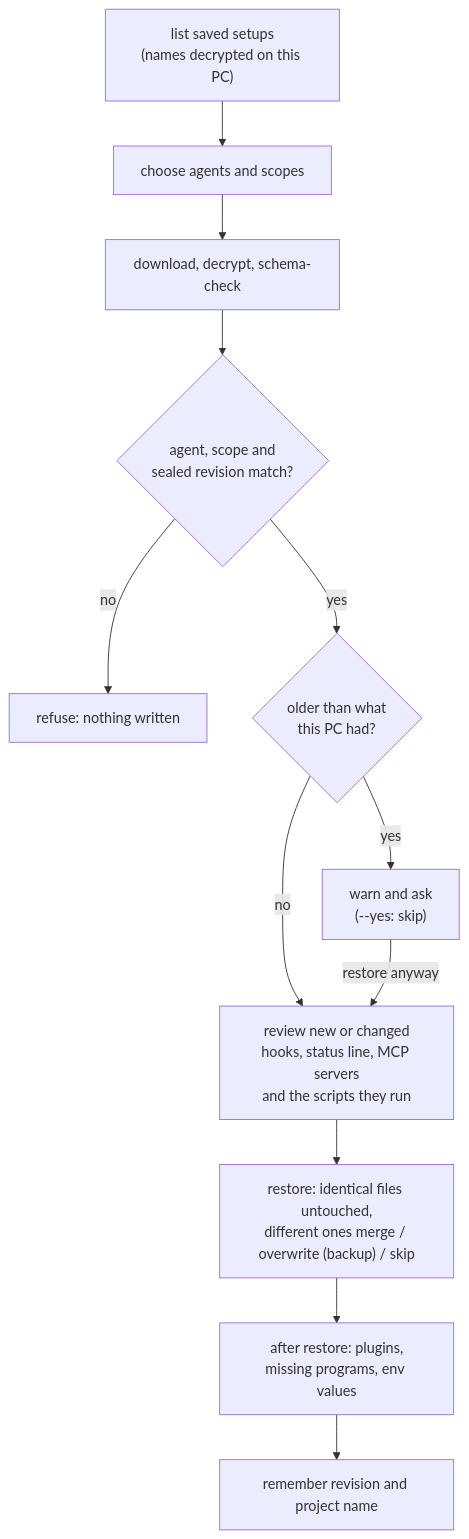
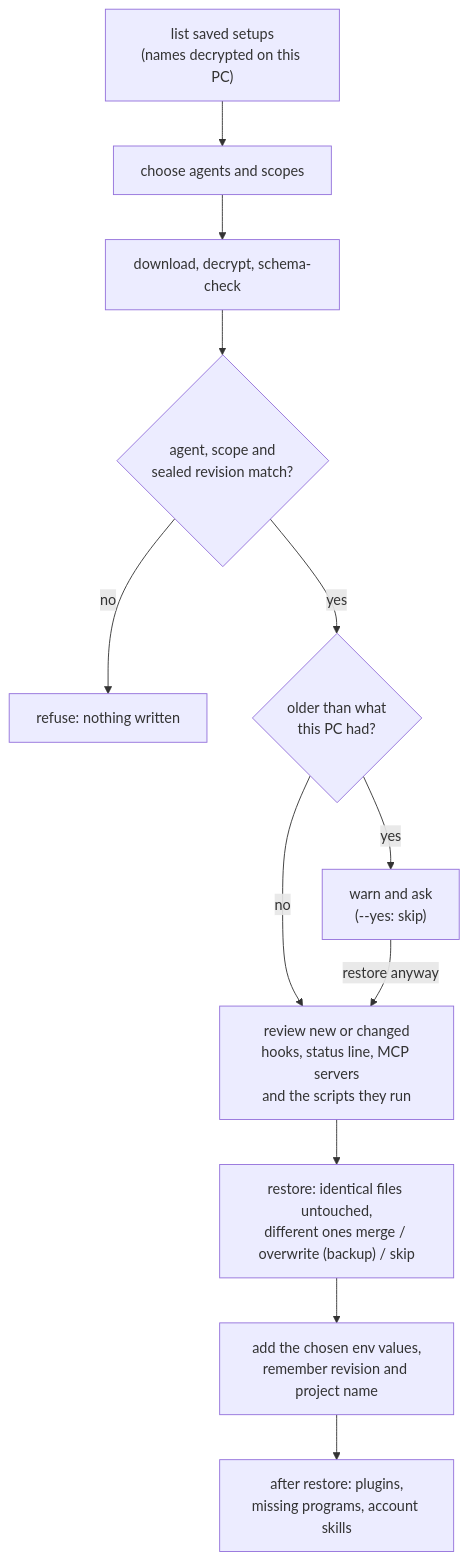
Before and after one commit to A1X6/agent-nomad: the fifth of 5 diagrams in docs/ARCHITECTURE.md, drawn with Mermaid. The commit also changed other lines of this file and 1 other file, not shown here.

````diff
--- a/docs/ARCHITECTURE.md
+++ b/docs/ARCHITECTURE.md
@@ -247,14 +250,14 @@
 ```mermaid
 flowchart TD
   L["list saved setups<br/>(names decrypted on this PC)"] --> C["choose agents and scopes"]
   C --> D["download, decrypt, schema-check"]
   D --> V{"agent, scope and<br/>sealed revision match?"}
   V -- no --> X["refuse: nothing written"]
   V -- yes --> O{"older than what<br/>this PC had?"}
   O -- yes --> Q["warn and ask<br/>(--yes: skip)"]
   O -- no --> R
   Q -- restore anyway --> R["review new or changed<br/>hooks, status line, MCP servers<br/>and the scripts they run"]
   R --> W["restore: identical files untouched,<br/>different ones merge / overwrite (backup) / skip"]
-  W --> A["after restore: plugins,<br/>missing programs, env values"]
-  A --> S["remember revision and project name"]
+  W --> S["add the chosen env values,<br/>remember revision and project name"]
+  S --> A["after restore: plugins,<br/>missing programs, account skills"]
 ```
````
